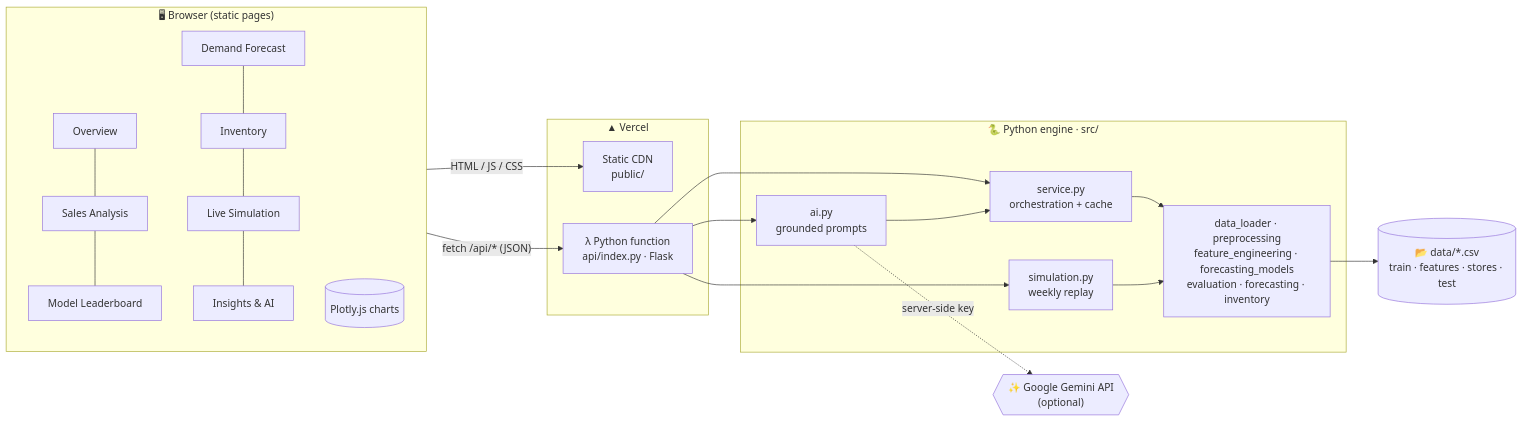
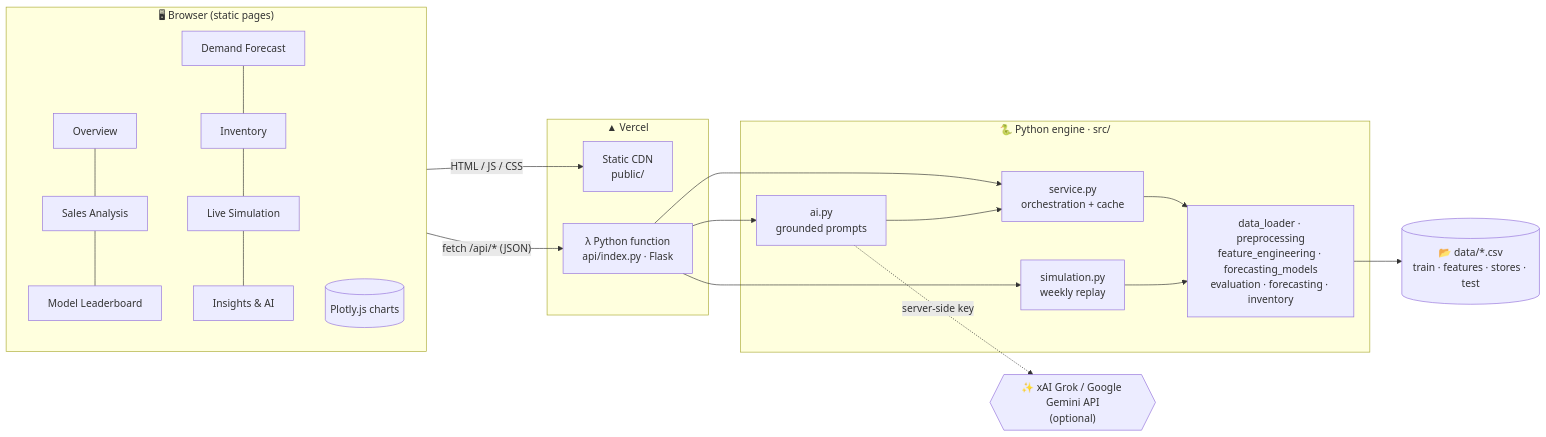
Before and after one commit to Shrikant-Kudale/Retail-Demand-Forecasting-Generative-AI: the first of 5 diagrams in README.md, drawn with Mermaid. The commit also changed other lines of this file and 1 other file, not shown here.

````diff
--- a/README.md
+++ b/README.md
@@ -90,32 +90,32 @@
 ```mermaid
 flowchart LR
     subgraph Browser["🖥 Browser (static pages)"]
         P1[Overview] --- P2[Sales Analysis] --- P3[Model Leaderboard]
         P4[Demand Forecast] --- P5[Inventory] --- P6[Live Simulation] --- P7[Insights & AI]
         PL[(Plotly.js charts)]
     end
 
     subgraph Vercel["▲ Vercel"]
         CDN[Static CDN<br/>public/]
         FN["λ Python function<br/>api/index.py · Flask"]
     end
 
     subgraph Engine["🐍 Python engine · src/"]
         SV[service.py<br/>orchestration + cache]
         SIM[simulation.py<br/>weekly replay]
         AIM[ai.py<br/>grounded prompts]
         CORE["data_loader · preprocessing<br/>feature_engineering · forecasting_models<br/>evaluation · forecasting · inventory"]
     end
 
     DATA[("📂 data/*.csv<br/>train · features · stores · test")]
-    GEM{{"✨ Google Gemini API<br/>(optional)"}}
+    GEM{{"✨ xAI Grok / Google Gemini API<br/>(optional)"}}
 
     Browser -- "HTML / JS / CSS" --> CDN
     Browser -- "fetch /api/*  (JSON)" --> FN
     FN --> SV & SIM & AIM
     SV --> CORE
     SIM --> CORE
     AIM --> SV
     CORE --> DATA
     AIM -. "server-side key" .-> GEM
 ```
````
